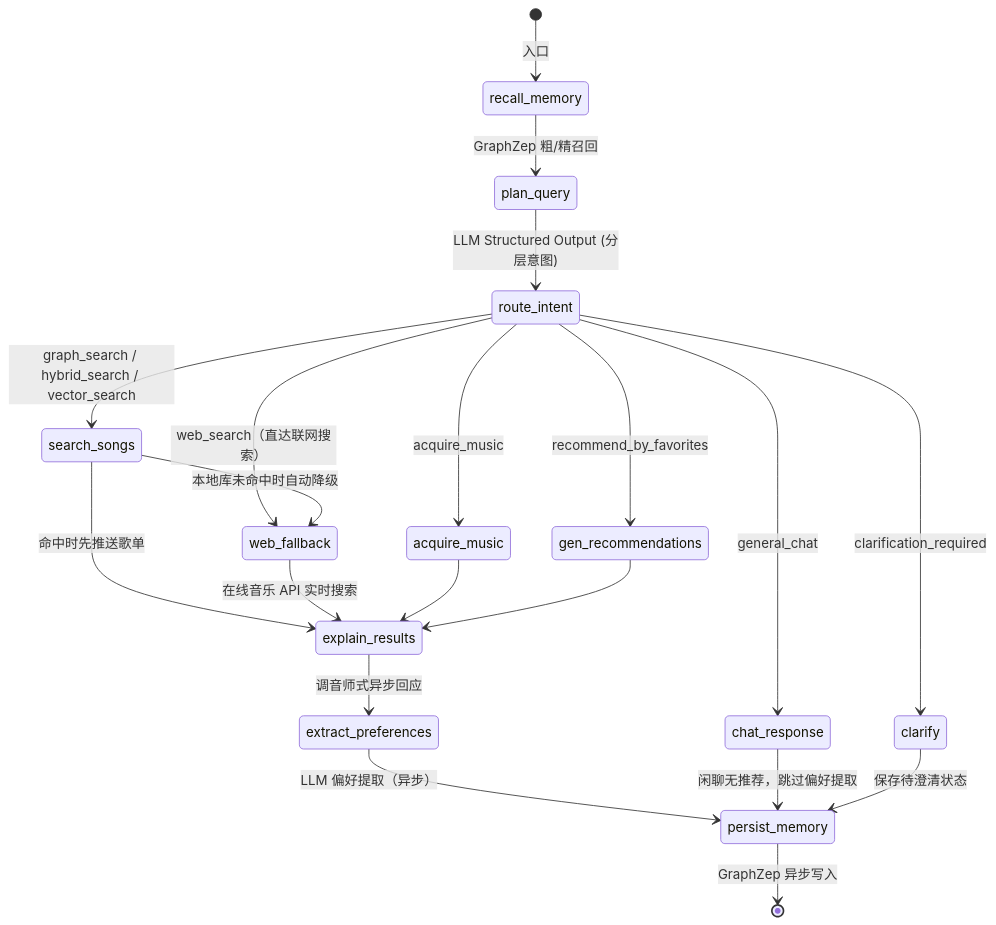
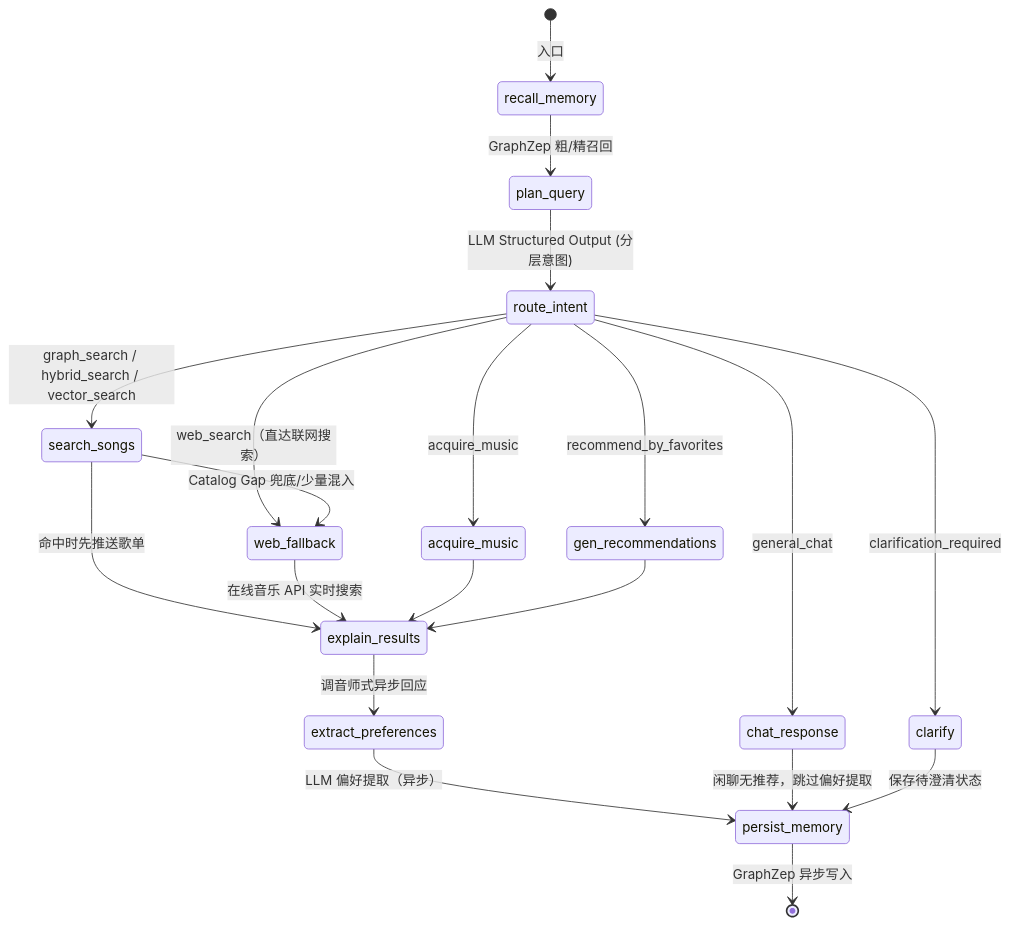
One commit to hgsanyang/SoulTuner-Agent changed the first of 2 diagrams in README.md. Above: the diagram before and after it, drawn with Mermaid. The commit also changed other lines of this file and 16 other files, not shown here.

````diff
--- a/README.md
+++ b/README.md
@@ -226,27 +230,27 @@
 ```mermaid
 stateDiagram-v2
     [*] --> recall_memory: 入口
     recall_memory --> plan_query: GraphZep 粗/精召回
     plan_query --> route_intent: LLM Structured Output (分层意图)
 
     route_intent --> search_songs: graph_search / hybrid_search / vector_search
     route_intent --> web_fallback: web_search（直达联网搜索）
     route_intent --> chat_response: general_chat
     route_intent --> acquire_music: acquire_music
     route_intent --> gen_recommendations: recommend_by_favorites
     route_intent --> clarify: clarification_required
 
-    search_songs --> web_fallback: 本地库未命中时自动降级
+    search_songs --> web_fallback: Catalog Gap 兜底/少量混入
     search_songs --> explain_results: 命中时先推送歌单
     web_fallback --> explain_results: 在线音乐 API 实时搜索
     acquire_music --> explain_results
     gen_recommendations --> explain_results
 
     explain_results --> extract_preferences: 调音师式异步回应
     extract_preferences --> persist_memory: LLM 偏好提取（异步）
 
     chat_response --> persist_memory: 闲聊无推荐，跳过偏好提取
     clarify --> persist_memory: 保存待澄清状态
 
     persist_memory --> [*]: GraphZep 异步写入
 ```
````
